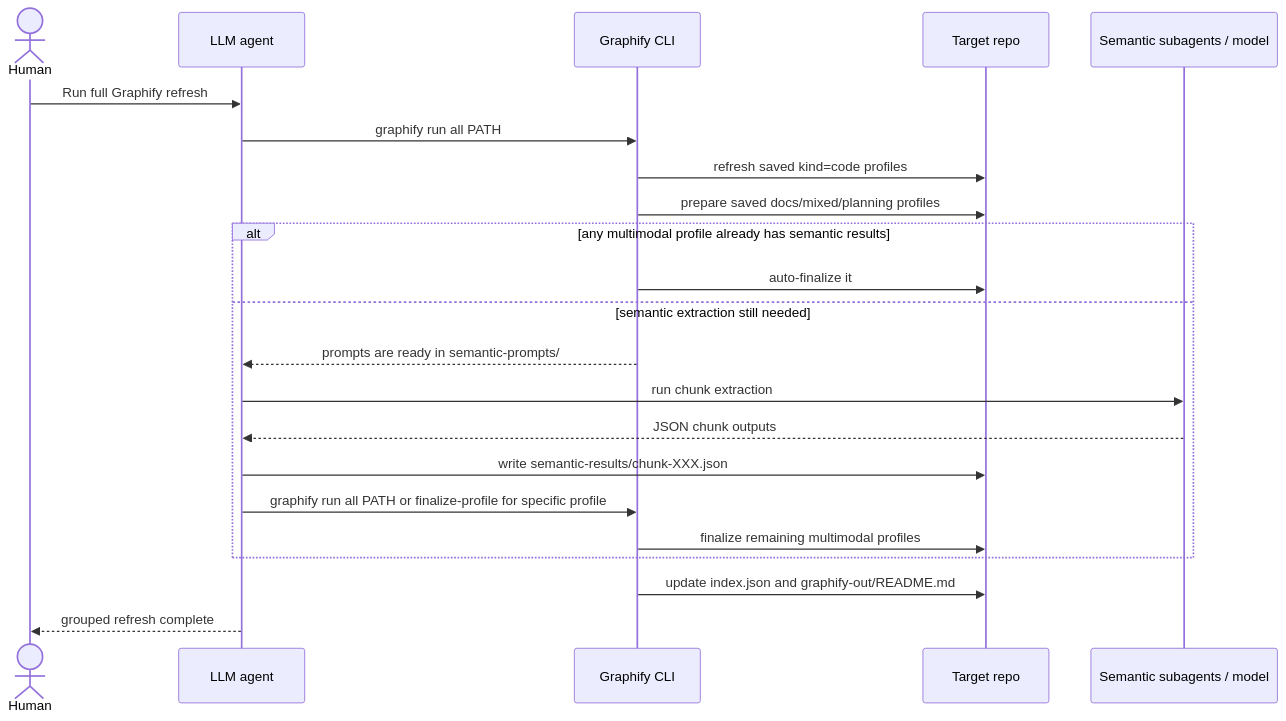
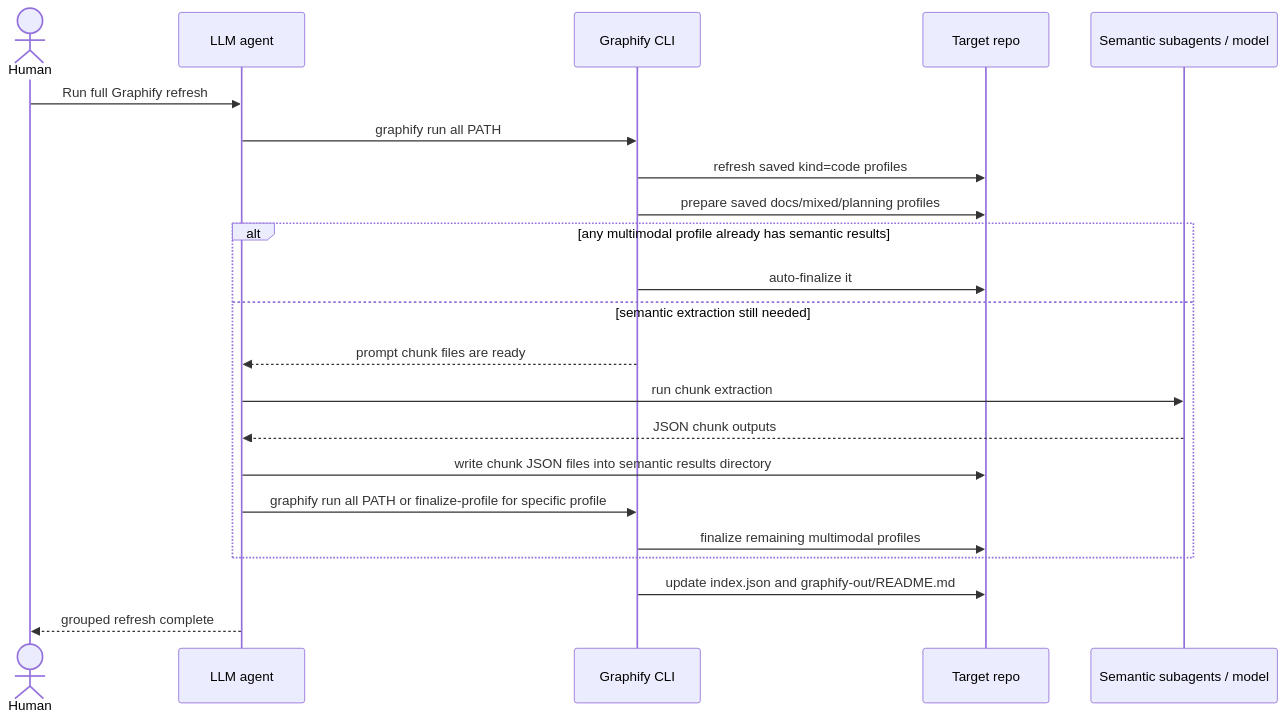
The fifth of 6 diagrams in GRAPHIFY-WORKFLOW-DIAGRAMS.md (lballaty/graphify), drawn with Mermaid before and after one commit. The commit also changed other lines of this file, not shown here.

Commit message:
docs: simplify mermaid labels for github rendering

````diff
--- a/GRAPHIFY-WORKFLOW-DIAGRAMS.md
+++ b/GRAPHIFY-WORKFLOW-DIAGRAMS.md
@@ -368,25 +368,25 @@
 ```mermaid
 sequenceDiagram
     actor Human
     participant Agent as LLM agent
     participant Graphify as Graphify CLI
     participant Repo as Target repo
     participant Model as Semantic subagents / model
 
     Human->>Agent: Run full Graphify refresh
     Agent->>Graphify: graphify run all PATH
     Graphify->>Repo: refresh saved kind=code profiles
     Graphify->>Repo: prepare saved docs/mixed/planning profiles
     alt any multimodal profile already has semantic results
         Graphify->>Repo: auto-finalize it
     else semantic extraction still needed
-        Graphify-->>Agent: prompts are ready in semantic-prompts/
+        Graphify-->>Agent: prompt chunk files are ready
         Agent->>Model: run chunk extraction
         Model-->>Agent: JSON chunk outputs
-        Agent->>Repo: write semantic-results/chunk-XXX.json
+        Agent->>Repo: write chunk JSON files into semantic results directory
         Agent->>Graphify: graphify run all PATH or finalize-profile for specific profile
         Graphify->>Repo: finalize remaining multimodal profiles
     end
     Graphify->>Repo: update index.json and graphify-out/README.md
     Agent-->>Human: grouped refresh complete
 ```
````
